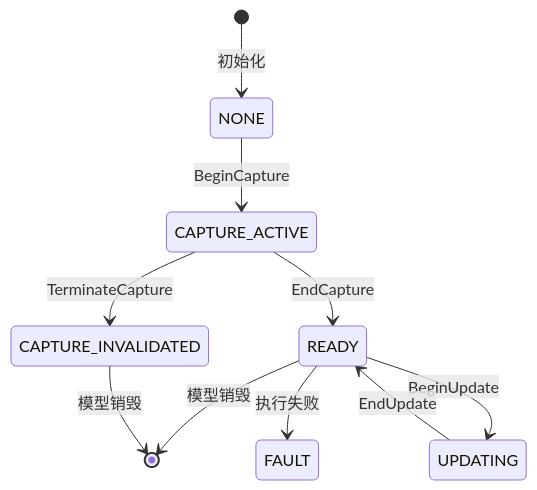
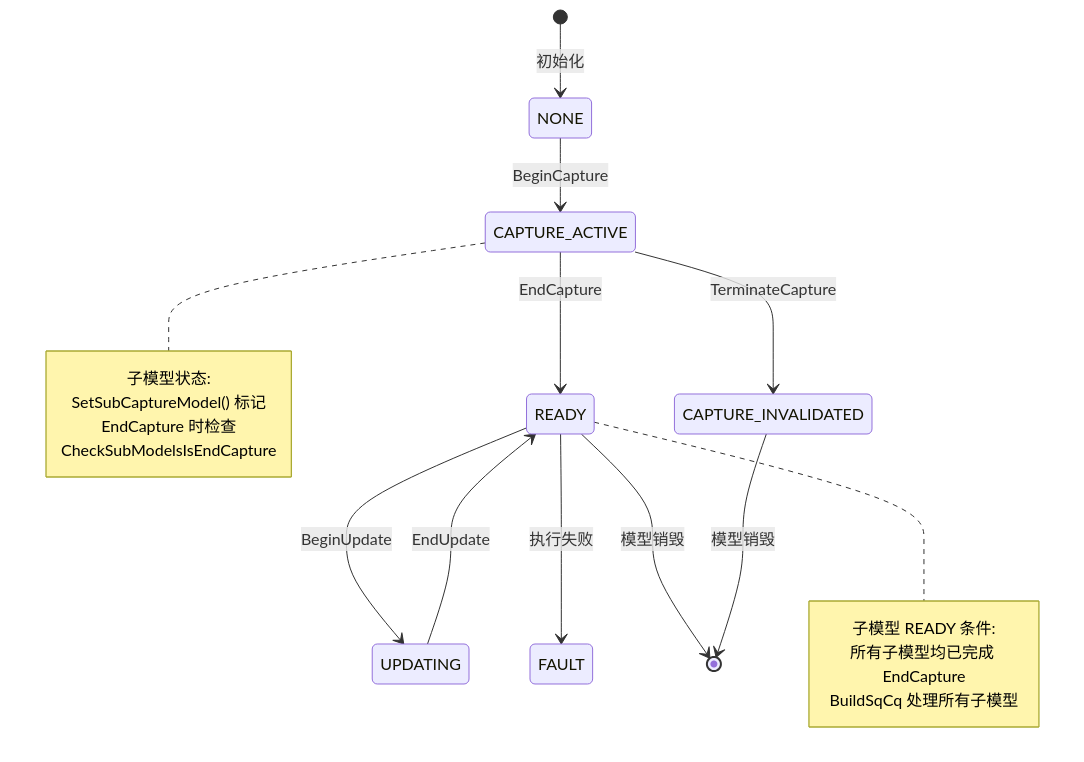
One commit to 18liumin/runtime changed diagram 15 of 15 in docs/design/features/aclgraph.md. Above: the diagram before and after it, drawn with Mermaid. The commit also changed other lines of this file, not shown here.

````diff
--- a/docs/design/features/aclgraph.md
+++ b/docs/design/features/aclgraph.md
@@ -927,12 +1420,25 @@
 ```mermaid
 stateDiagram-v2
     [*] --> NONE: 初始化
     NONE --> CAPTURE_ACTIVE: BeginCapture
     CAPTURE_ACTIVE --> CAPTURE_INVALIDATED: TerminateCapture
     CAPTURE_ACTIVE --> READY: EndCapture
     READY --> UPDATING: BeginUpdate
     UPDATING --> READY: EndUpdate
     READY --> FAULT: 执行失败
     READY --> [*]: 模型销毁
     CAPTURE_INVALIDATED --> [*]: 模型销毁
+    
+    note right of CAPTURE_ACTIVE
+        子模型状态:
+        SetSubCaptureModel() 标记
+        EndCapture 时检查
+        CheckSubModelsIsEndCapture
+    end note
+    
+    note right of READY
+        子模型 READY 条件:
+        所有子模型均已完成 EndCapture
+        BuildSqCq 处理所有子模型
+    end note
 ```
````
